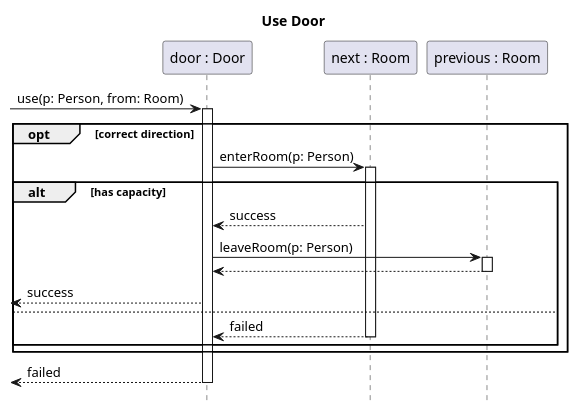
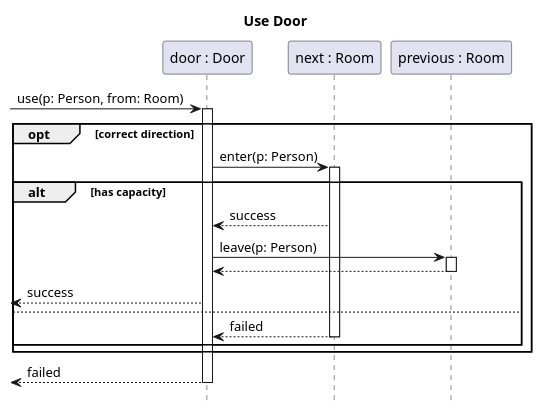
Before and after one commit to sn4k3ch4rm3r/logarlec: the diagram in docs/diagrams/sequence/door.puml, drawn with PlantUML. The commit also changed 1 other file, not shown here.

```diff
--- a/docs/diagrams/sequence/door.puml
+++ b/docs/diagrams/sequence/door.puml
@@ -1,22 +1,22 @@
 @startuml door
 title Use Door
 hide footbox
 participant "door : Door" as door
 participant "next : Room" as next
 participant "previous : Room" as prev
 
 [-> door ++: use(p: Person, from: Room) 
 opt correct direction
-	door -> next ++: enterRoom(p: Person)
+	door -> next ++: enter(p: Person)
 	alt has capacity
 		next --> door: success
-		door -> prev ++: leaveRoom(p: Person)
+		door -> prev ++: leave(p: Person)
 		prev --> door --
 		[<-- door : success
 	else
 		next --> door --: failed
 	end
 end
 [<-- door --: failed
 
 @enduml
```
